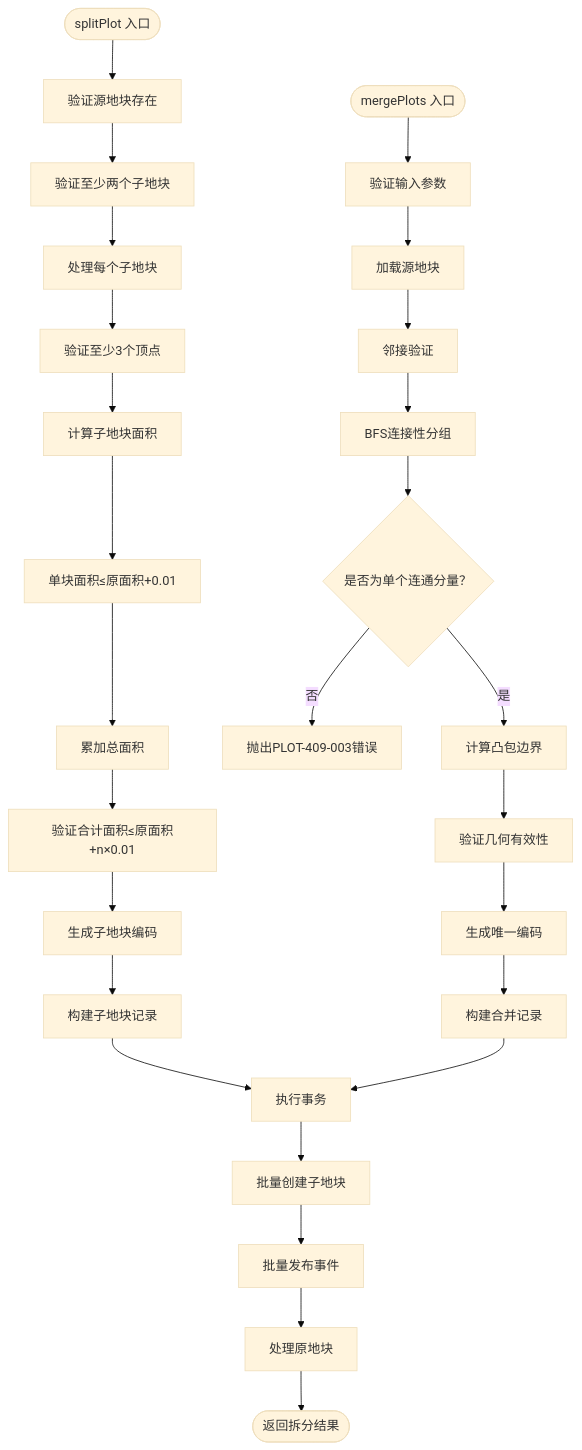
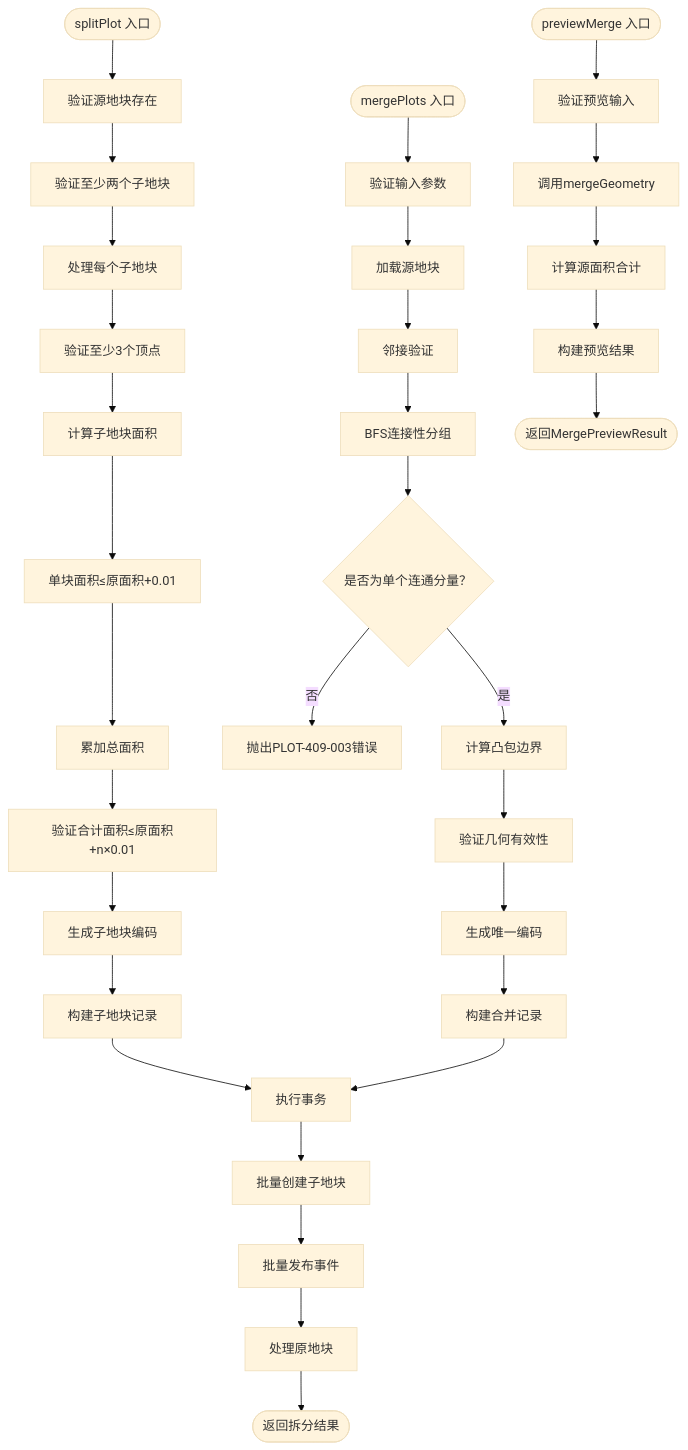
Before and after one commit to q446328246/agri-platform: the third of 16 diagrams in .qoder/repowiki/zh/content/核心服务文档/地块管理服务.md, drawn with Mermaid (base theme). The commit also changed other lines of this file and 42 other files, not shown here.

````diff
--- a/.qoder/repowiki/zh/content/核心服务文档/地块管理服务.md
+++ b/.qoder/repowiki/zh/content/核心服务文档/地块管理服务.md
@@ -300,29 +326,34 @@
 ```mermaid
 flowchart TD
 Start(["splitPlot 入口"]) --> ValidateSource["验证源地块存在"]
 ValidateSource --> ValidatePieces["验证至少两个子地块"]
 ValidatePieces --> ProcessEachPiece["处理每个子地块"]
 ProcessEachPiece --> CheckVertices["验证至少3个顶点"]
 CheckVertices --> CalcArea["计算子地块面积"]
 CalcArea --> CheckSingleArea["单块面积≤原面积+0.01"]
 CheckSingleArea --> AccumulateTotal["累加总面积"]
 AccumulateTotal --> CheckOverlap["验证合计面积≤原面积+n×0.01"]
 CheckOverlap --> GenCodes["生成子地块编码"]
 GenCodes --> BuildRecords["构建子地块记录"]
 BuildRecords --> ExecuteTransaction["执行事务"]
 ExecuteTransaction --> CreatePieces["批量创建子地块"]
 CreatePieces --> PublishEvents["批量发布事件"]
 PublishEvents --> HandleSource["处理原地块"]
 HandleSource --> Return(["返回拆分结果"])
 MergeStart(["mergePlots 入口"]) --> ValidateInputs["验证输入参数"]
 ValidateInputs --> LoadSources["加载源地块"]
 LoadSources --> AdjacencyCheck["邻接验证"]
 AdjacencyCheck --> BFSGrouping["BFS连接性分组"]
 BFSGrouping --> SingleComponent{"是否为单个连通分量？"}
 SingleComponent --> |否| ThrowError["抛出PLOT-409-003错误"]
 SingleComponent --> |是| CalcConvexHull["计算凸包边界"]
 CalcConvexHull --> ValidateGeometry["验证几何有效性"]
 ValidateGeometry --> GenerateCode["生成唯一编码"]
 GenerateCode --> BuildRecord["构建合并记录"]
 BuildRecord --> ExecuteTransaction
+PreviewStart(["previewMerge 入口"]) --> ValidatePreviewInputs["验证预览输入"]
+ValidatePreviewInputs --> CallMergeGeometry["调用mergeGeometry"]
+CallMergeGeometry --> CalcSourceArea["计算源面积合计"]
+CalcSourceArea --> BuildPreviewResult["构建预览结果"]
+BuildPreviewResult --> ReturnPreview(["返回MergePreviewResult"])
 ```
````
